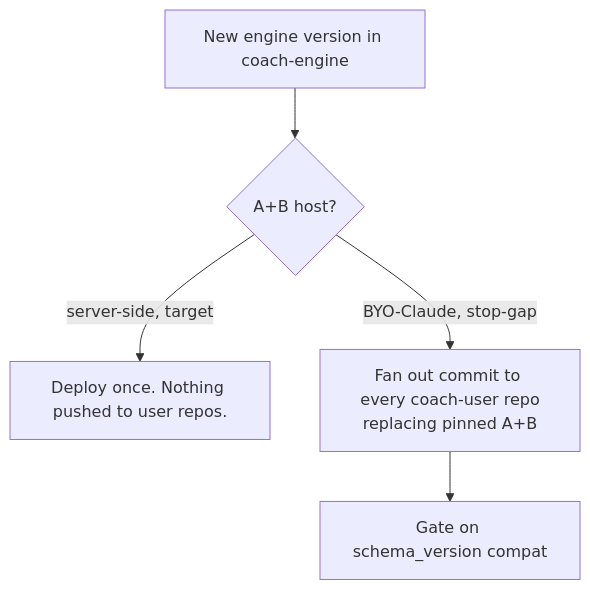
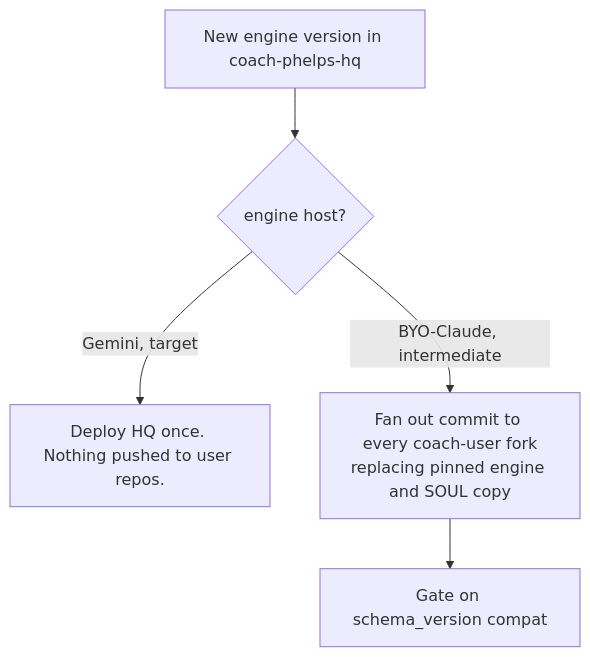
The sixth of 7 diagrams in docs/scaling-plan.md (sibling-shipyard/coach-hq), drawn with Mermaid before and after one commit. The commit also changed other lines of this file and 1 other file, not shown here.

Commit message:
Update to scaling plan + soul split plan

````diff
--- a/docs/scaling-plan.md
+++ b/docs/scaling-plan.md
@@ -211,7 +239,7 @@
 ```mermaid
 flowchart TB
-  release["New engine version in coach-engine"] --> decide{"A+B host?"}
-  decide -->|server-side, target| free["Deploy once. Nothing pushed to user repos."]
-  decide -->|BYO-Claude, stop-gap| fanout["Fan out commit to every coach-user repo<br/>replacing pinned A+B"]
+  release["New engine version in coach-phelps-hq"] --> decide{"engine host?"}
+  decide -->|"Gemini, target"| free["Deploy HQ once. Nothing pushed to user repos."]
+  decide -->|"BYO-Claude, intermediate"| fanout["Fan out commit to every coach-user fork<br/>replacing pinned engine and SOUL copy"]
   fanout --> gate["Gate on schema_version compat"]
 ```
````
